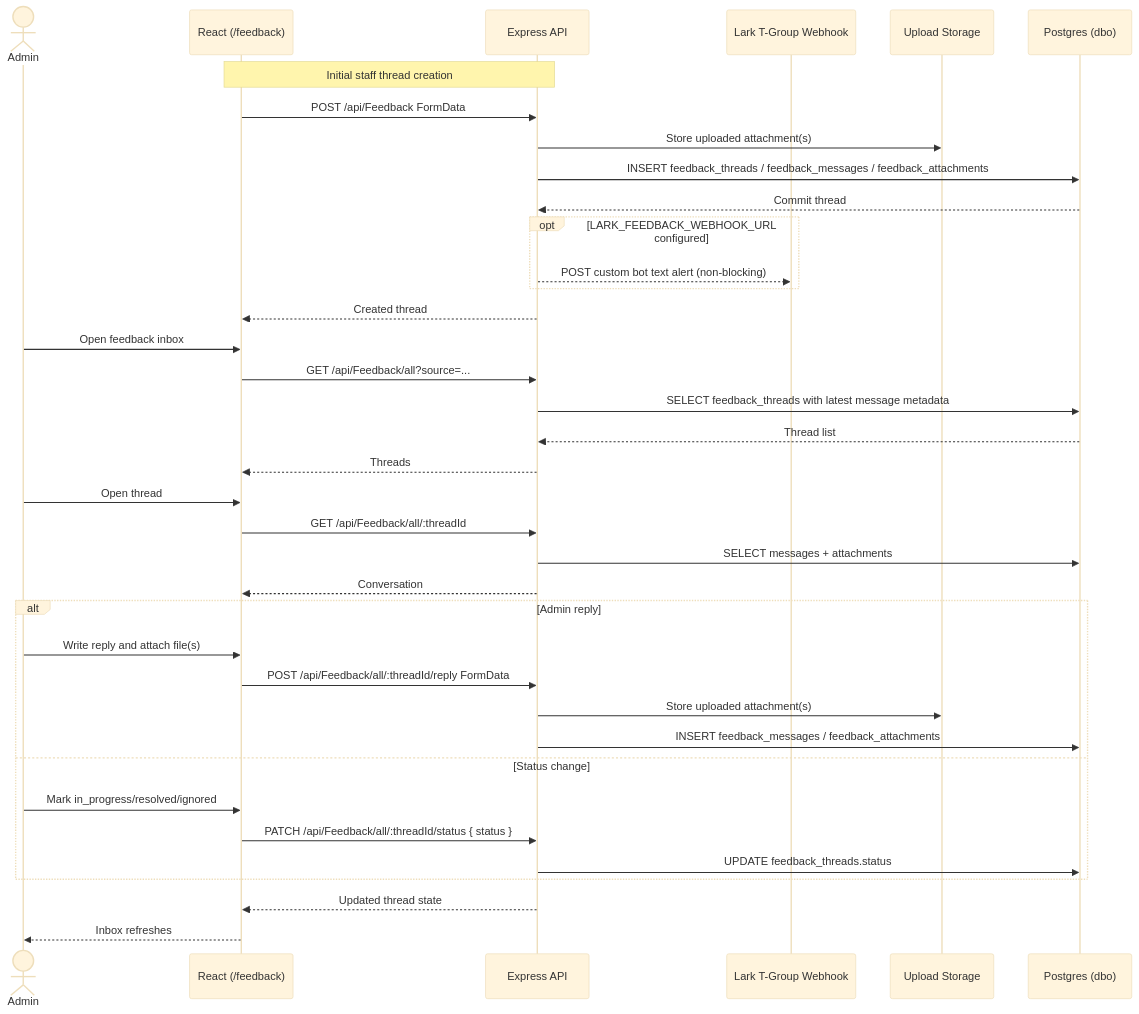
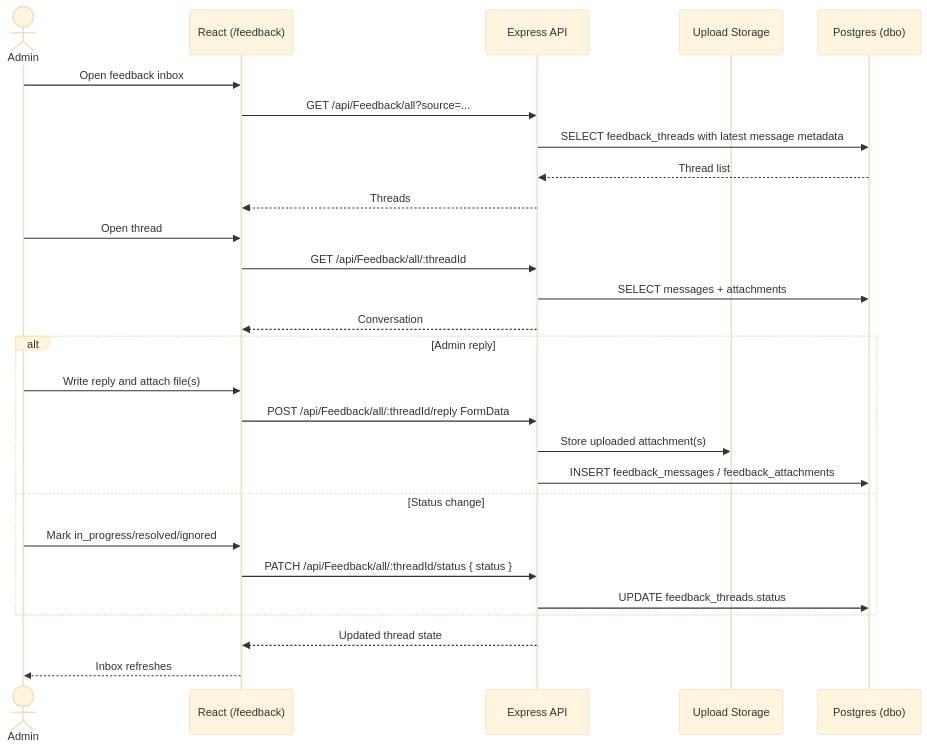
One commit to niiiusburo/Tgroup changed diagram 11 of 14 in docs/WORKFLOWS.md. Above: the diagram before and after it, drawn with Mermaid (base theme). The commit also changed other lines of this file and 41 other files, not shown here.

````diff
--- a/docs/WORKFLOWS.md
+++ b/docs/WORKFLOWS.md
@@ -492,41 +447,30 @@
 ```mermaid
 sequenceDiagram
     actor A as Admin
     participant FE as React (/feedback)
     participant API as Express API
-    participant Lark as Lark T-Group Webhook
     participant FS as Upload Storage
     participant DB as Postgres (dbo)
-
-    Note over FE,API: Initial staff thread creation
-    FE->>API: POST /api/Feedback FormData
-    API->>FS: Store uploaded attachment(s)
-    API->>DB: INSERT feedback_threads / feedback_messages / feedback_attachments
-    DB-->>API: Commit thread
-    opt LARK_FEEDBACK_WEBHOOK_URL configured
-        API-->>Lark: POST custom bot text alert (non-blocking)
-    end
-    API-->>FE: Created thread
 
     A->>FE: Open feedback inbox
     FE->>API: GET /api/Feedback/all?source=...
     API->>DB: SELECT feedback_threads with latest message metadata
     DB-->>API: Thread list
     API-->>FE: Threads
     A->>FE: Open thread
     FE->>API: GET /api/Feedback/all/:threadId
     API->>DB: SELECT messages + attachments
     API-->>FE: Conversation
     alt Admin reply
         A->>FE: Write reply and attach file(s)
         FE->>API: POST /api/Feedback/all/:threadId/reply FormData
         API->>FS: Store uploaded attachment(s)
         API->>DB: INSERT feedback_messages / feedback_attachments
     else Status change
         A->>FE: Mark in_progress/resolved/ignored
         FE->>API: PATCH /api/Feedback/all/:threadId/status { status }
         API->>DB: UPDATE feedback_threads.status
     end
     API-->>FE: Updated thread state
     FE-->>A: Inbox refreshes
 ```
````
